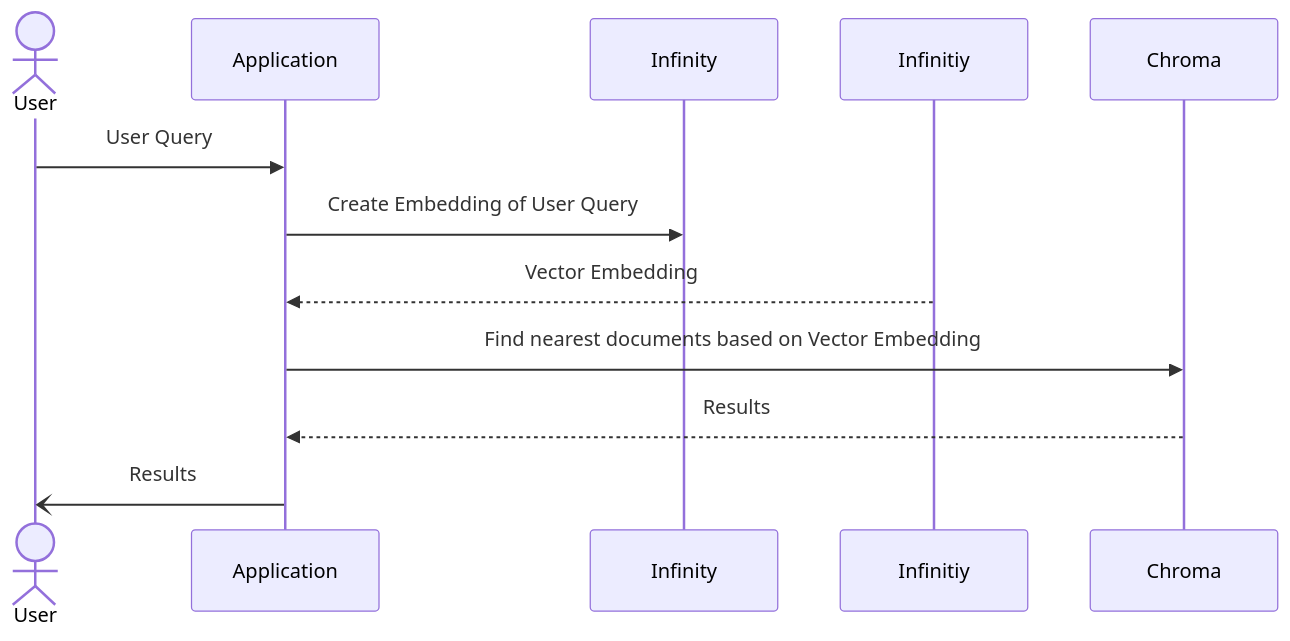
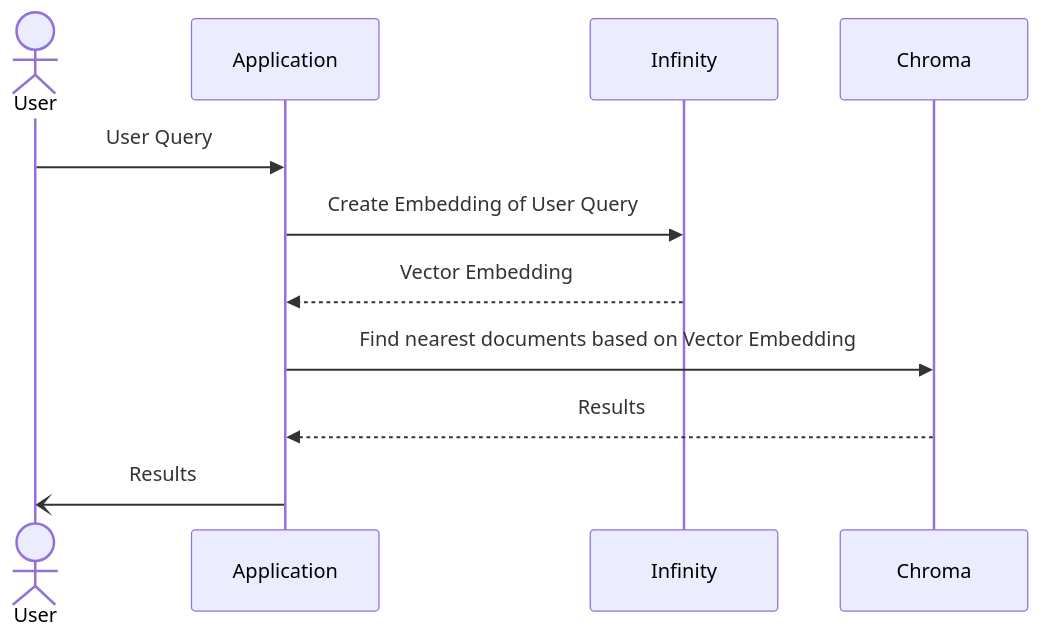
The diagram in README.md (cygni/cygni-competence-vectordbs), drawn with Mermaid before and after one commit.

Commit message:
Fixed sequence diagram

````diff
--- a/README.md
+++ b/README.md
@@ -12,10 +12,10 @@
 ```mermaid
 sequenceDiagram
     actor User
     User->>Application: User Query
     Application->>Infinity: Create Embedding of User Query
-    Infinitiy-->>Application: Vector Embedding
+    Infinity-->>Application: Vector Embedding
     Application->>Chroma: Find nearest documents based on Vector Embedding
     Chroma-->>Application: Results
     Application-)User: Results
 ```
````
